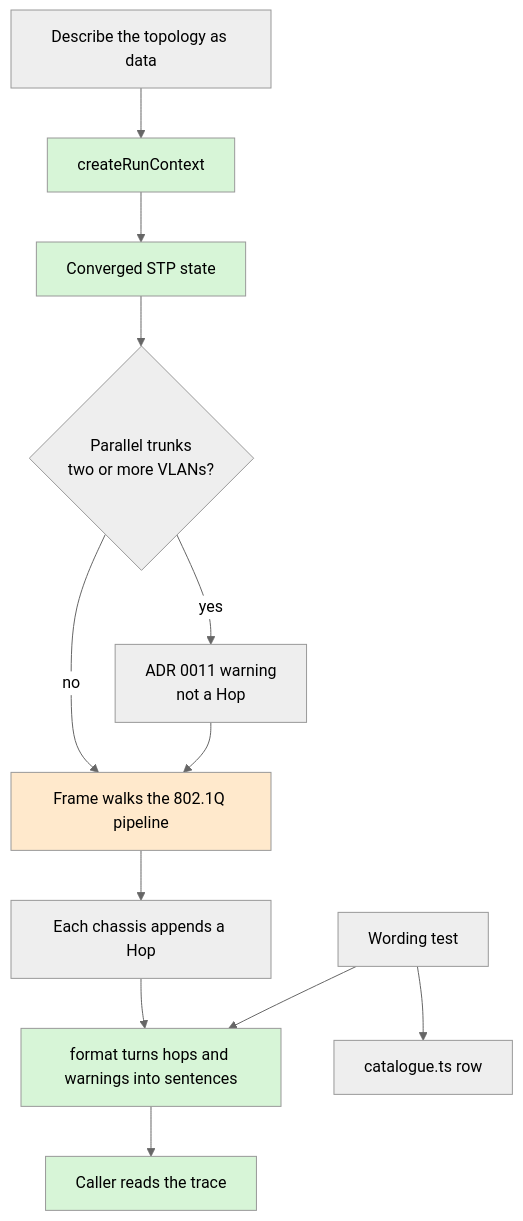
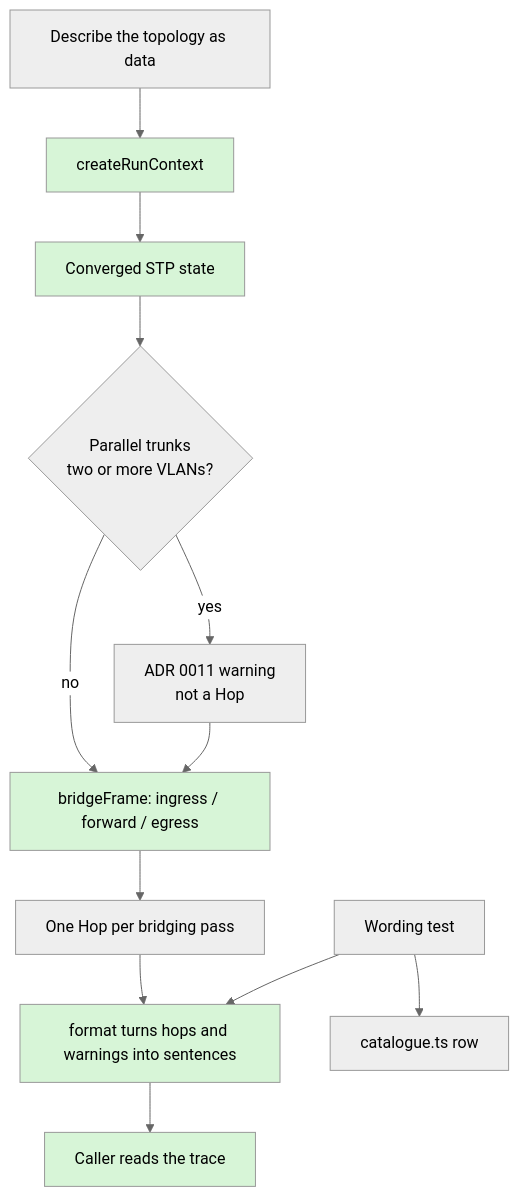
One commit to alanfong93/network-sandbox changed the diagram in docs/system_flow.md. Above: the diagram before and after it, drawn with Mermaid (neutral theme). The commit also changed other lines of this file and 5 other files, not shown here.

First line of the commit message:
feat: execute the 802.1Q bridging pipeline

````diff
--- a/docs/system_flow.md
+++ b/docs/system_flow.md
@@ -7,19 +7,19 @@
 ```mermaid
 flowchart TD
     A[Describe the topology as data] --> C[createRunContext]
     C --> D[Converged STP state]
     D --> W{Parallel trunks<br>two or more VLANs?}
     W -->|yes| X[ADR 0011 warning<br>not a Hop]
-    W -->|no| E[Frame walks the 802.1Q pipeline]
+    W -->|no| E[bridgeFrame: ingress / forward / egress]
     X --> E
-    E --> F[Each chassis appends a Hop]
+    E --> F[One Hop per bridging pass]
     F --> G[format turns hops and warnings into sentences]
     G --> H[Caller reads the trace]
     I[Wording test] --> G
     I --> J[catalogue.ts row]
     style C fill:#d7f5d7,color:#000
     style D fill:#d7f5d7,color:#000
-    style E fill:#ffe9cc,color:#000
+    style E fill:#d7f5d7,color:#000
     style G fill:#d7f5d7,color:#000
     style H fill:#d7f5d7,color:#000
 ```
````
